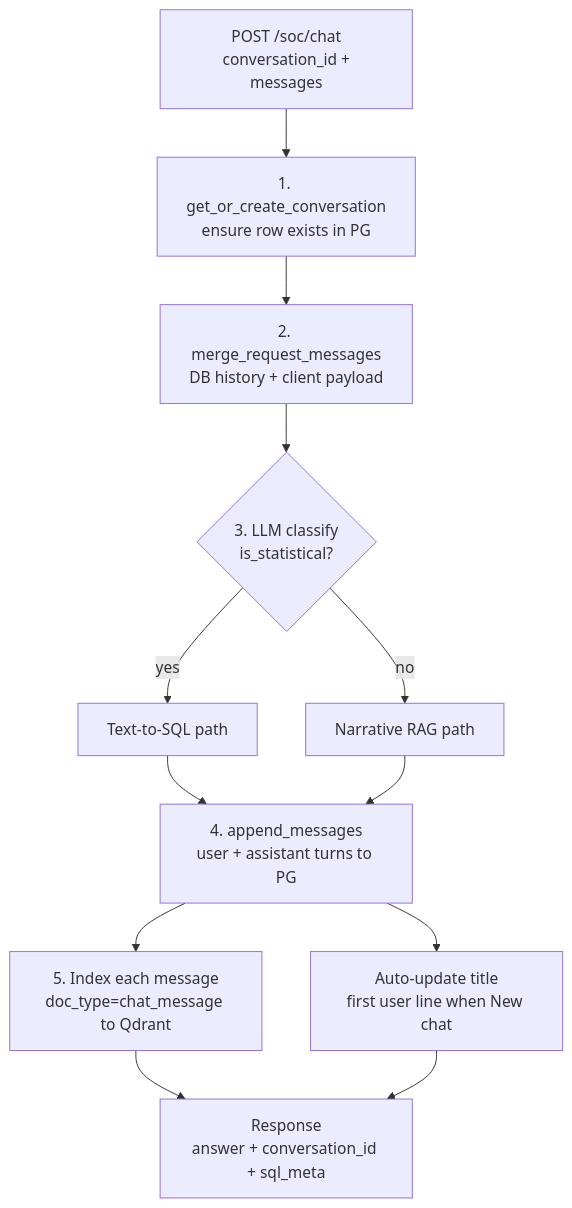
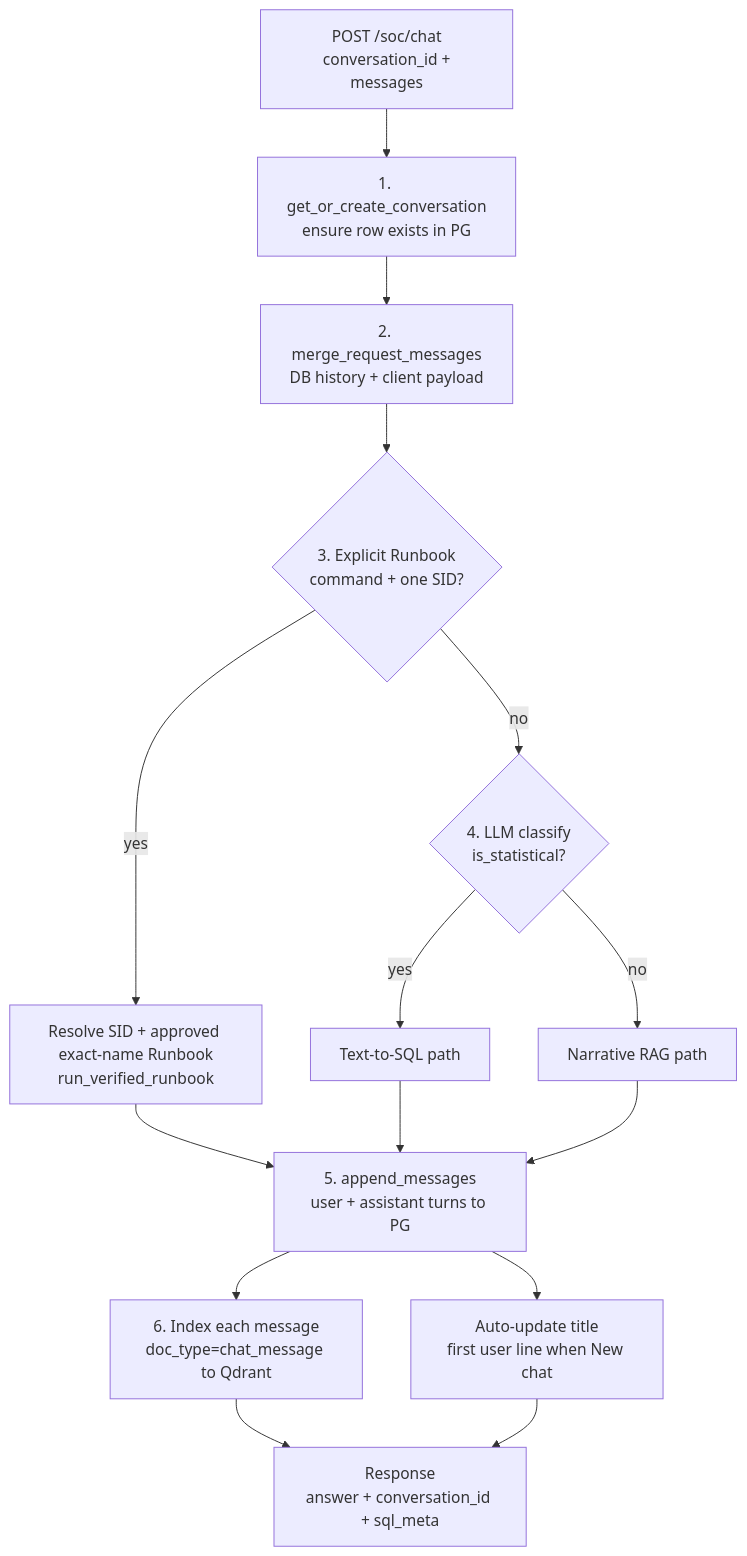
Before and after one commit to Sepideh-Asadollahi/ThinkingSOC-splunk-hackathon: the third of 6 diagrams in docs/10-soc-vector-rag.md, drawn with Mermaid. The commit also changed other lines of this file and 169 other files, not shown here.

````diff
--- a/docs/10-soc-vector-rag.md
+++ b/docs/10-soc-vector-rag.md
@@ -211,21 +229,25 @@
 ```mermaid
 flowchart TD
   Req["POST /soc/chat\n conversation_id + messages"]
   GetConv["1. get_or_create_conversation\nensure row exists in PG"]
   Merge["2. merge_request_messages\nDB history + client payload"]
-  Classify{"3. LLM classify\nis_statistical?"}
+  Command{"3. Explicit Runbook\ncommand + one SID?"}
+  Execute["Resolve SID + approved exact-name Runbook\nrun_verified_runbook"]
+  Classify{"4. LLM classify\nis_statistical?"}
   SQL["Text-to-SQL path"]
   RAG["Narrative RAG path"]
-  Persist["4. append_messages\nuser + assistant turns to PG"]
-  SessionIdx["5. Index each message\ndoc_type=chat_message to Qdrant"]
+  Persist["5. append_messages\nuser + assistant turns to PG"]
+  SessionIdx["6. Index each message\ndoc_type=chat_message to Qdrant"]
   Title["Auto-update title\nfirst user line when New chat"]
   Resp["Response\nanswer + conversation_id + sql_meta"]
 
-  Req --> GetConv --> Merge --> Classify
+  Req --> GetConv --> Merge --> Command
+  Command -->|yes| Execute --> Persist
+  Command -->|no| Classify
   Classify -->|yes| SQL --> Persist
   Classify -->|no| RAG --> Persist
   Persist --> SessionIdx
   Persist --> Title
   SessionIdx --> Resp
   Title --> Resp
 ```
````
